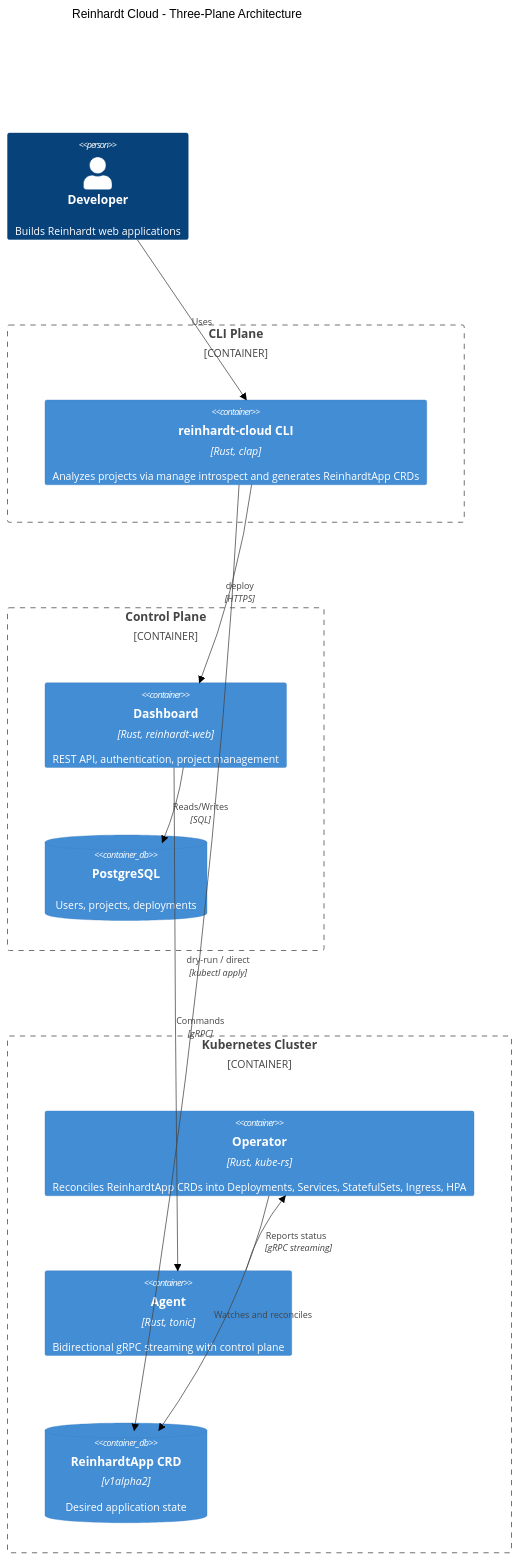
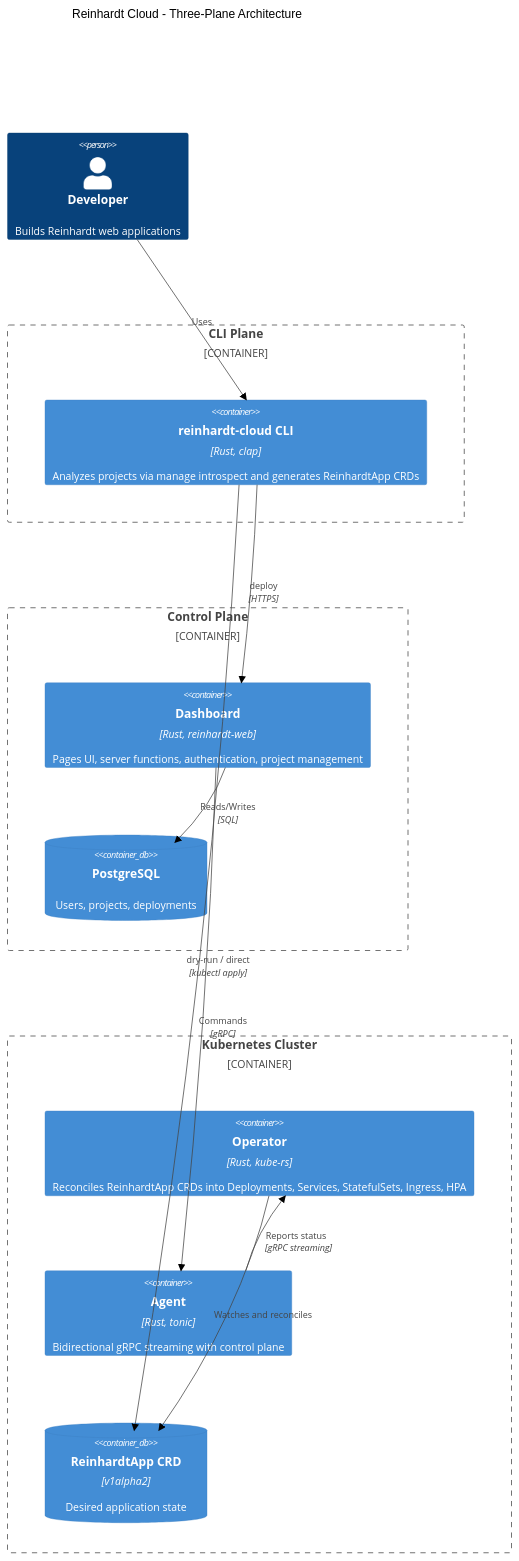
One commit to kent8192/reinhardt-cloud changed the diagram in README.md. Above: the diagram before and after it, drawn with Mermaid (neutral theme). The commit also changed other lines of this file and 107 other files, not shown here.

Commit message:
refactor(dashboard): make apps server function based

````diff
--- a/README.md
+++ b/README.md
@@ -123,31 +123,31 @@
 ```mermaid
 C4Container
     title Reinhardt Cloud - Three-Plane Architecture
 
     Person(dev, "Developer", "Builds Reinhardt web applications")
 
     Container_Boundary(cli_plane, "CLI Plane") {
         Container(cli, "reinhardt-cloud CLI", "Rust, clap", "Analyzes projects via manage introspect and generates ReinhardtApp CRDs")
     }
 
     Container_Boundary(cp_plane, "Control Plane") {
-        Container(dashboard, "Dashboard", "Rust, reinhardt-web", "REST API, authentication, project management")
+        Container(dashboard, "Dashboard", "Rust, reinhardt-web", "Pages UI, server functions, authentication, project management")
         ContainerDb(pg, "PostgreSQL", "", "Users, projects, deployments")
     }
 
     Container_Boundary(k8s_plane, "Kubernetes Cluster") {
         Container(operator, "Operator", "Rust, kube-rs", "Reconciles ReinhardtApp CRDs into Deployments, Services, StatefulSets, Ingress, HPA")
         Container(agent, "Agent", "Rust, tonic", "Bidirectional gRPC streaming with control plane")
         ContainerDb(crd, "ReinhardtApp CRD", "v1alpha2", "Desired application state")
     }
 
     Rel(dev, cli, "Uses")
     Rel(cli, dashboard, "deploy", "HTTPS")
     Rel(cli, crd, "dry-run / direct", "kubectl apply")
     Rel(dashboard, pg, "Reads/Writes", "SQL")
     Rel(dashboard, agent, "Commands", "gRPC")
     Rel(agent, operator, "Reports status", "gRPC streaming")
     Rel(operator, crd, "Watches and reconciles")
 
     UpdateLayoutConfig($c4ShapeInRow="3", $c4BoundaryInRow="1")
 ```
````
